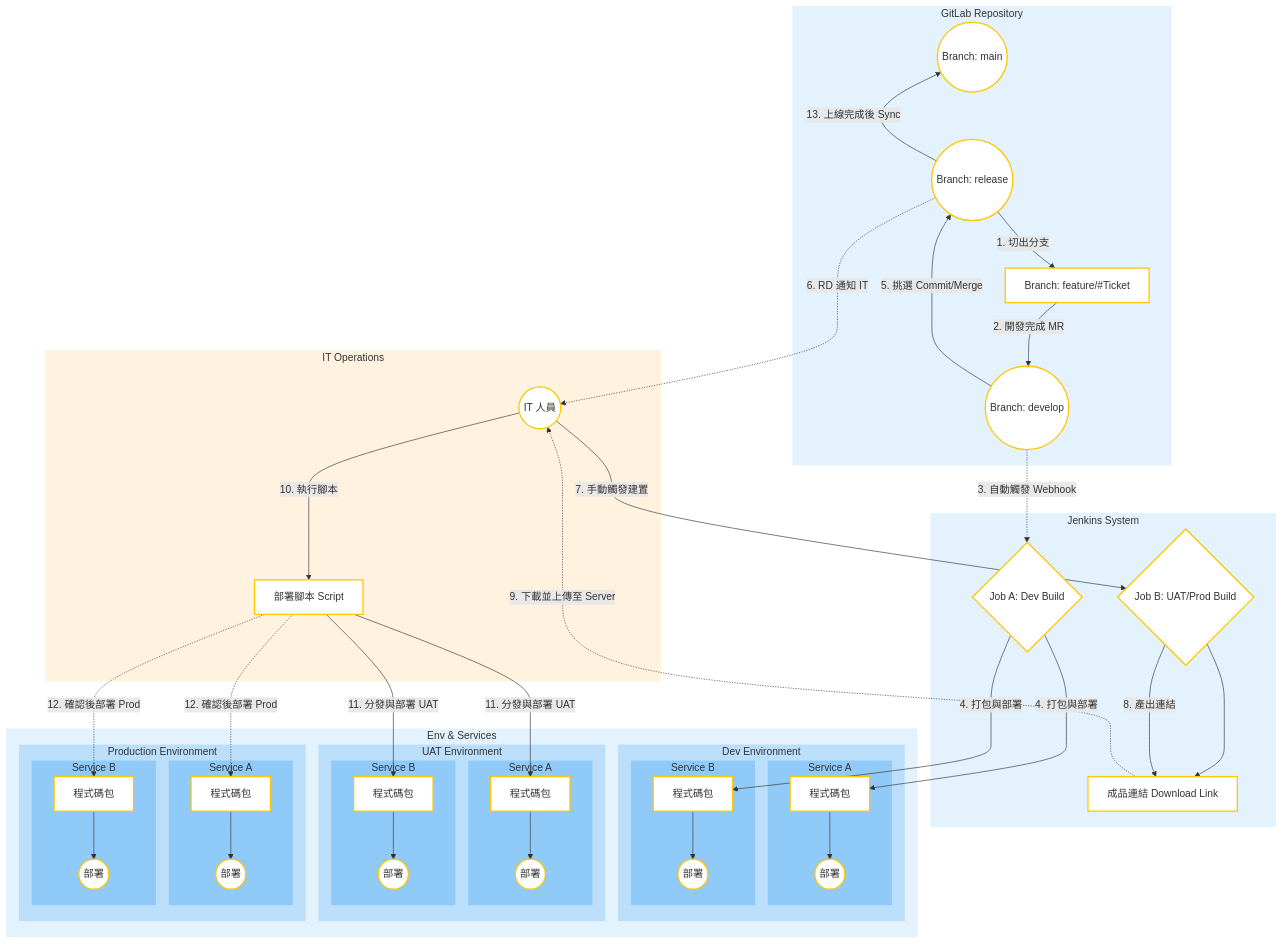
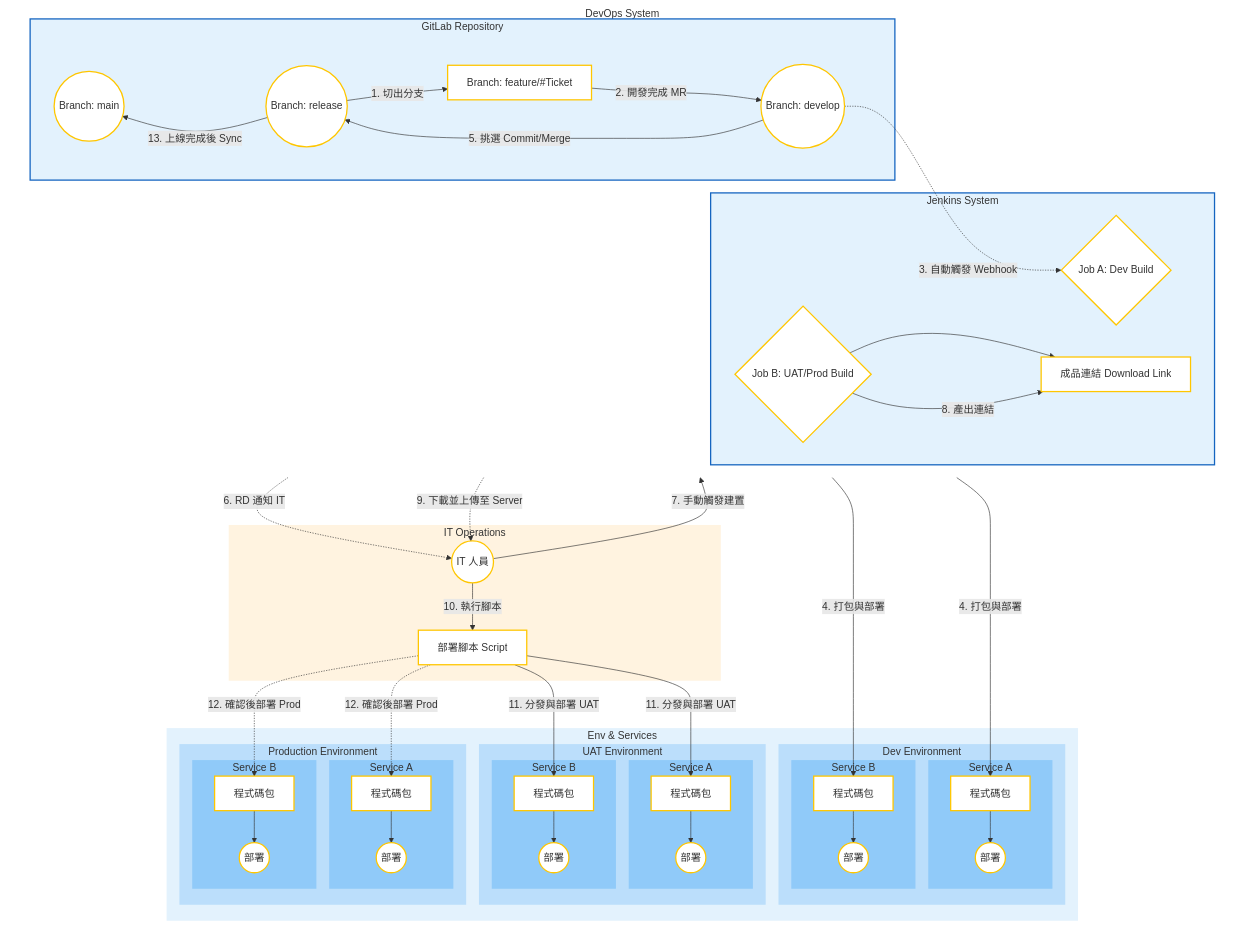
The second of 2 diagrams in SIT/ReleaseWorkFlow.md (almightyken0425/KnowledgeVault), drawn with Mermaid before and after one commit.

```diff
--- a/SIT/ReleaseWorkFlow.md
+++ b/SIT/ReleaseWorkFlow.md
@@ -56,21 +56,24 @@
     classDef deployAction fill:#FFFFFF,stroke:#FFC600,stroke-width:2px;
 
     %% 節點定義
-    subgraph Git_Repo [GitLab Repository]
-        Main((Branch: main)):::branch
-        Release((Branch: release)):::branch
-        Develop((Branch: develop)):::branch
-        Feature[Branch: feature/#Ticket]:::branch
-
-        %% 強制排版順序: Main 在最左邊
-        Main ~~~ Release ~~~ Feature ~~~ Develop
-    end
-
-    subgraph CI_CD [Jenkins System]
-        JobA{Job A: Dev Build}:::jenkins
-        JobB{Job B: UAT/Prod Build}:::jenkins
-        Artifact[成品連結 Download Link]:::action
-        JobB --> Artifact
+    subgraph DevOps [DevOps System]
+        direction LR
+        subgraph Git_Repo [GitLab Repository]
+            Main((Branch: main)):::branch
+            Release((Branch: release)):::branch
+            Develop((Branch: develop)):::branch
+            Feature[Branch: feature/#Ticket]:::branch
+    
+            %% 強制排版順序: Main 在最左邊
+            Main ~~~ Release ~~~ Feature ~~~ Develop
+        end
+    
+        subgraph CI_CD [Jenkins System]
+            JobA{Job A: Dev Build}:::jenkins
+            JobB{Job B: UAT/Prod Build}:::jenkins
+            Artifact[成品連結 Download Link]:::action
+            JobB --> Artifact
+        end
     end
 
     subgraph Operations [IT Operations]
@@ -141,8 +144,10 @@
 
     %% Subgraph Styles
     %% Level 1: Lightest Blue
-    style Git_Repo fill:#E3F2FD,stroke:#1565C0,stroke-width:0px
-    style CI_CD fill:#E3F2FD,stroke:#1565C0,stroke-width:0px
+    style Git_Repo fill:#E3F2FD,stroke:#1565C0,stroke-width:2px
+    style CI_CD fill:#E3F2FD,stroke:#1565C0,stroke-width:2px
+    style DevOps fill:none,stroke:none,stroke-width:0px
+
     style Environments fill:#E3F2FD,stroke:#1565C0,stroke-width:0px
     style Operations fill:#FFF3E0,stroke:#E65100,stroke-width:0px
 
```
